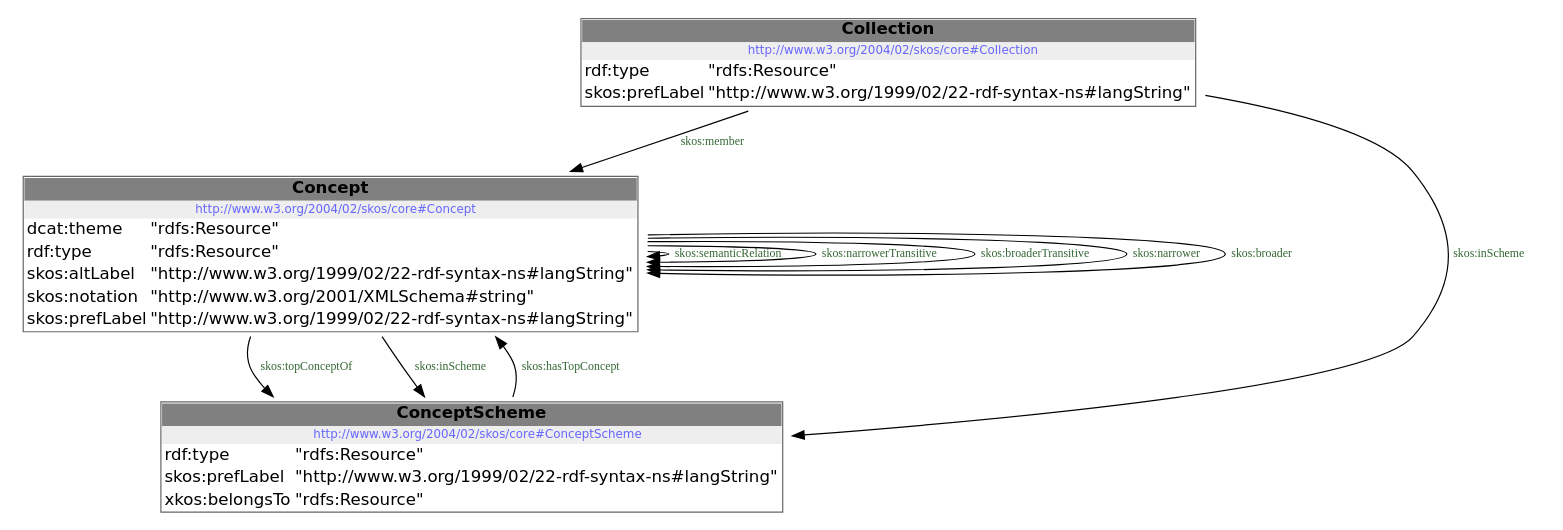
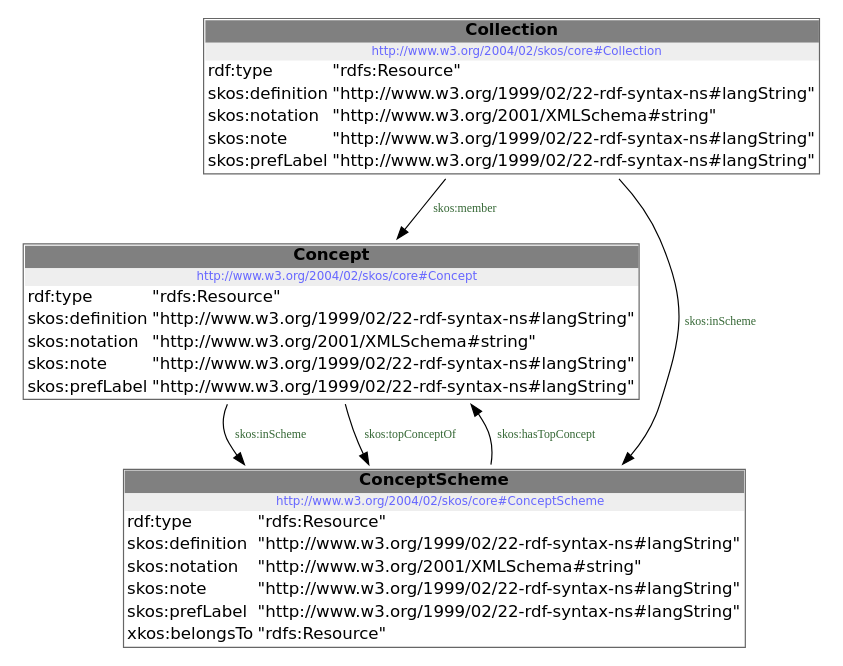
The diagram in src/documentation/model.dot (milieuinfo/codelijst-emissie), drawn with Graphviz before and after one commit. The commit also changed 12 other files, not shown here.

```diff
--- a/src/documentation/model.dot
+++ b/src/documentation/model.dot
@@ -1,19 +1,14 @@
 digraph { 
  node [ fontname="DejaVu Sans" ] ; 
-	node0 -> node0 [ color=BLACK, label=< <font point-size='10' color='#336633'>skos:semanticRelation</font> > ] ;
-	node0 -> node0 [ color=BLACK, label=< <font point-size='10' color='#336633'>skos:narrowerTransitive</font> > ] ;
-	node0 -> node1 [ color=BLACK, label=< <font point-size='10' color='#336633'>skos:topConceptOf</font> > ] ;
-	node0 -> node0 [ color=BLACK, label=< <font point-size='10' color='#336633'>skos:broaderTransitive</font> > ] ;
-	node0 -> node1 [ color=BLACK, label=< <font point-size='10' color='#336633'>skos:inScheme</font> > ] ;
-	node2 -> node0 [ color=BLACK, label=< <font point-size='10' color='#336633'>skos:member</font> > ] ;
-	node2 -> node1 [ color=BLACK, label=< <font point-size='10' color='#336633'>skos:inScheme</font> > ] ;
-	node1 -> node0 [ color=BLACK, label=< <font point-size='10' color='#336633'>skos:hasTopConcept</font> > ] ;
-	node0 -> node0 [ color=BLACK, label=< <font point-size='10' color='#336633'>skos:narrower</font> > ] ;
-	node0 -> node0 [ color=BLACK, label=< <font point-size='10' color='#336633'>skos:broader</font> > ] ;
-# http://www.w3.org/2004/02/skos/core#Concept node0
-node0 [ shape=none, color=black label=< <table color='#666666' cellborder='0' cellspacing='0' border='1'><tr><td colspan='2' bgcolor='grey'><B>Concept</B></td></tr><tr><td href='http://www.w3.org/2004/02/skos/core#Concept' bgcolor='#eeeeee' colspan='2'><font point-size='10' color='#6666ff'>http://www.w3.org/2004/02/skos/core#Concept</font></td></tr><tr><td align='left'>dcat:theme</td><td align='left'>&quot;rdfs:Resource&quot;</td></tr><tr><td align='left'>rdf:type</td><td align='left'>&quot;rdfs:Resource&quot;</td></tr><tr><td align='left'>skos:altLabel</td><td align='left'>&quot;http://www.w3.org/1999/02/22-rdf-syntax-ns#langString&quot;</td></tr><tr><td align='left'>skos:notation</td><td align='left'>&quot;http://www.w3.org/2001/XMLSchema#string&quot;</td></tr><tr><td align='left'>skos:prefLabel</td><td align='left'>&quot;http://www.w3.org/1999/02/22-rdf-syntax-ns#langString&quot;</td></tr></table> > ] 
-# http://www.w3.org/2004/02/skos/core#ConceptScheme node1
-node1 [ shape=none, color=black label=< <table color='#666666' cellborder='0' cellspacing='0' border='1'><tr><td colspan='2' bgcolor='grey'><B>ConceptScheme</B></td></tr><tr><td href='http://www.w3.org/2004/02/skos/core#ConceptScheme' bgcolor='#eeeeee' colspan='2'><font point-size='10' color='#6666ff'>http://www.w3.org/2004/02/skos/core#ConceptScheme</font></td></tr><tr><td align='left'>rdf:type</td><td align='left'>&quot;rdfs:Resource&quot;</td></tr><tr><td align='left'>skos:prefLabel</td><td align='left'>&quot;http://www.w3.org/1999/02/22-rdf-syntax-ns#langString&quot;</td></tr><tr><td align='left'>xkos:belongsTo</td><td align='left'>&quot;rdfs:Resource&quot;</td></tr></table> > ] 
-# http://www.w3.org/2004/02/skos/core#Collection node2
-node2 [ shape=none, color=black label=< <table color='#666666' cellborder='0' cellspacing='0' border='1'><tr><td colspan='2' bgcolor='grey'><B>Collection</B></td></tr><tr><td href='http://www.w3.org/2004/02/skos/core#Collection' bgcolor='#eeeeee' colspan='2'><font point-size='10' color='#6666ff'>http://www.w3.org/2004/02/skos/core#Collection</font></td></tr><tr><td align='left'>rdf:type</td><td align='left'>&quot;rdfs:Resource&quot;</td></tr><tr><td align='left'>skos:prefLabel</td><td align='left'>&quot;http://www.w3.org/1999/02/22-rdf-syntax-ns#langString&quot;</td></tr></table> > ] 
+	node0 -> node1 [ color=BLACK, label=< <font point-size='10' color='#336633'>skos:member</font> > ] ;
+	node1 -> node2 [ color=BLACK, label=< <font point-size='10' color='#336633'>skos:inScheme</font> > ] ;
+	node0 -> node2 [ color=BLACK, label=< <font point-size='10' color='#336633'>skos:inScheme</font> > ] ;
+	node1 -> node2 [ color=BLACK, label=< <font point-size='10' color='#336633'>skos:topConceptOf</font> > ] ;
+	node2 -> node1 [ color=BLACK, label=< <font point-size='10' color='#336633'>skos:hasTopConcept</font> > ] ;
+# http://www.w3.org/2004/02/skos/core#Collection node0
+node0 [ shape=none, color=black label=< <table color='#666666' cellborder='0' cellspacing='0' border='1'><tr><td colspan='2' bgcolor='grey'><B>Collection</B></td></tr><tr><td href='http://www.w3.org/2004/02/skos/core#Collection' bgcolor='#eeeeee' colspan='2'><font point-size='10' color='#6666ff'>http://www.w3.org/2004/02/skos/core#Collection</font></td></tr><tr><td align='left'>rdf:type</td><td align='left'>&quot;rdfs:Resource&quot;</td></tr><tr><td align='left'>skos:definition</td><td align='left'>&quot;http://www.w3.org/1999/02/22-rdf-syntax-ns#langString&quot;</td></tr><tr><td align='left'>skos:notation</td><td align='left'>&quot;http://www.w3.org/2001/XMLSchema#string&quot;</td></tr><tr><td align='left'>skos:note</td><td align='left'>&quot;http://www.w3.org/1999/02/22-rdf-syntax-ns#langString&quot;</td></tr><tr><td align='left'>skos:prefLabel</td><td align='left'>&quot;http://www.w3.org/1999/02/22-rdf-syntax-ns#langString&quot;</td></tr></table> > ] 
+# http://www.w3.org/2004/02/skos/core#Concept node1
+node1 [ shape=none, color=black label=< <table color='#666666' cellborder='0' cellspacing='0' border='1'><tr><td colspan='2' bgcolor='grey'><B>Concept</B></td></tr><tr><td href='http://www.w3.org/2004/02/skos/core#Concept' bgcolor='#eeeeee' colspan='2'><font point-size='10' color='#6666ff'>http://www.w3.org/2004/02/skos/core#Concept</font></td></tr><tr><td align='left'>rdf:type</td><td align='left'>&quot;rdfs:Resource&quot;</td></tr><tr><td align='left'>skos:definition</td><td align='left'>&quot;http://www.w3.org/1999/02/22-rdf-syntax-ns#langString&quot;</td></tr><tr><td align='left'>skos:notation</td><td align='left'>&quot;http://www.w3.org/2001/XMLSchema#string&quot;</td></tr><tr><td align='left'>skos:note</td><td align='left'>&quot;http://www.w3.org/1999/02/22-rdf-syntax-ns#langString&quot;</td></tr><tr><td align='left'>skos:prefLabel</td><td align='left'>&quot;http://www.w3.org/1999/02/22-rdf-syntax-ns#langString&quot;</td></tr></table> > ] 
+# http://www.w3.org/2004/02/skos/core#ConceptScheme node2
+node2 [ shape=none, color=black label=< <table color='#666666' cellborder='0' cellspacing='0' border='1'><tr><td colspan='2' bgcolor='grey'><B>ConceptScheme</B></td></tr><tr><td href='http://www.w3.org/2004/02/skos/core#ConceptScheme' bgcolor='#eeeeee' colspan='2'><font point-size='10' color='#6666ff'>http://www.w3.org/2004/02/skos/core#ConceptScheme</font></td></tr><tr><td align='left'>rdf:type</td><td align='left'>&quot;rdfs:Resource&quot;</td></tr><tr><td align='left'>skos:definition</td><td align='left'>&quot;http://www.w3.org/1999/02/22-rdf-syntax-ns#langString&quot;</td></tr><tr><td align='left'>skos:notation</td><td align='left'>&quot;http://www.w3.org/2001/XMLSchema#string&quot;</td></tr><tr><td align='left'>skos:note</td><td align='left'>&quot;http://www.w3.org/1999/02/22-rdf-syntax-ns#langString&quot;</td></tr><tr><td align='left'>skos:prefLabel</td><td align='left'>&quot;http://www.w3.org/1999/02/22-rdf-syntax-ns#langString&quot;</td></tr><tr><td align='left'>xkos:belongsTo</td><td align='left'>&quot;rdfs:Resource&quot;</td></tr></table> > ] 
 }
```
